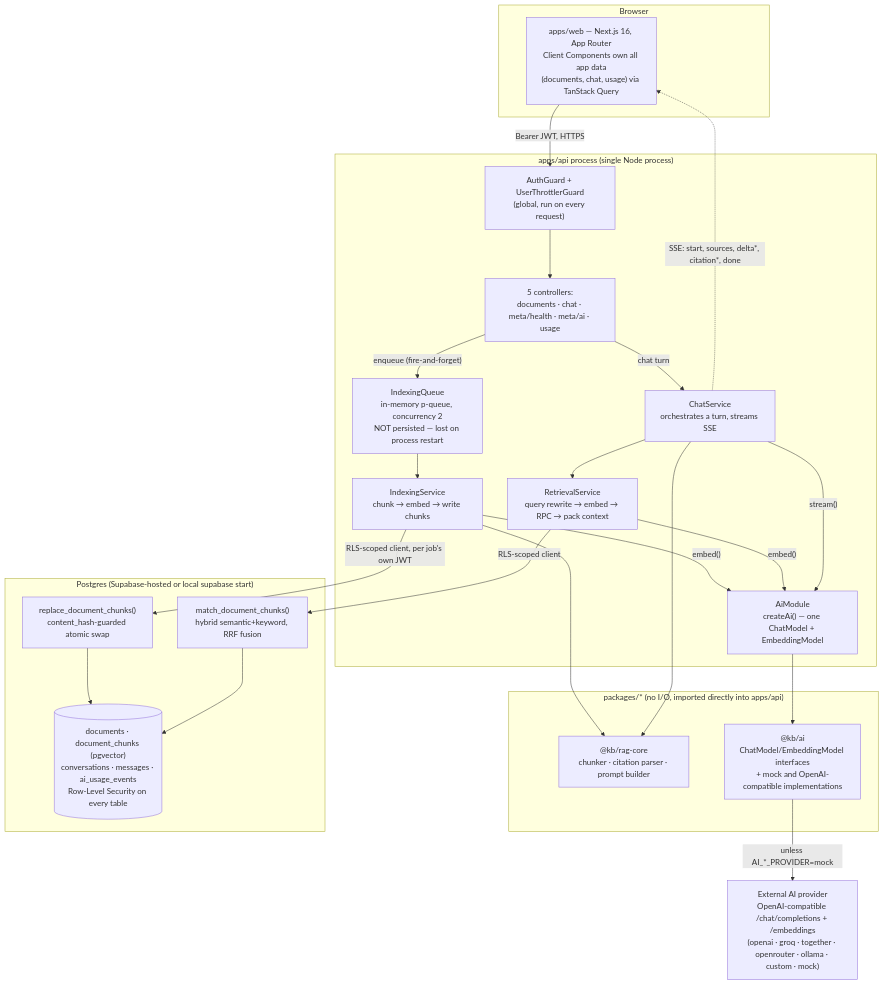
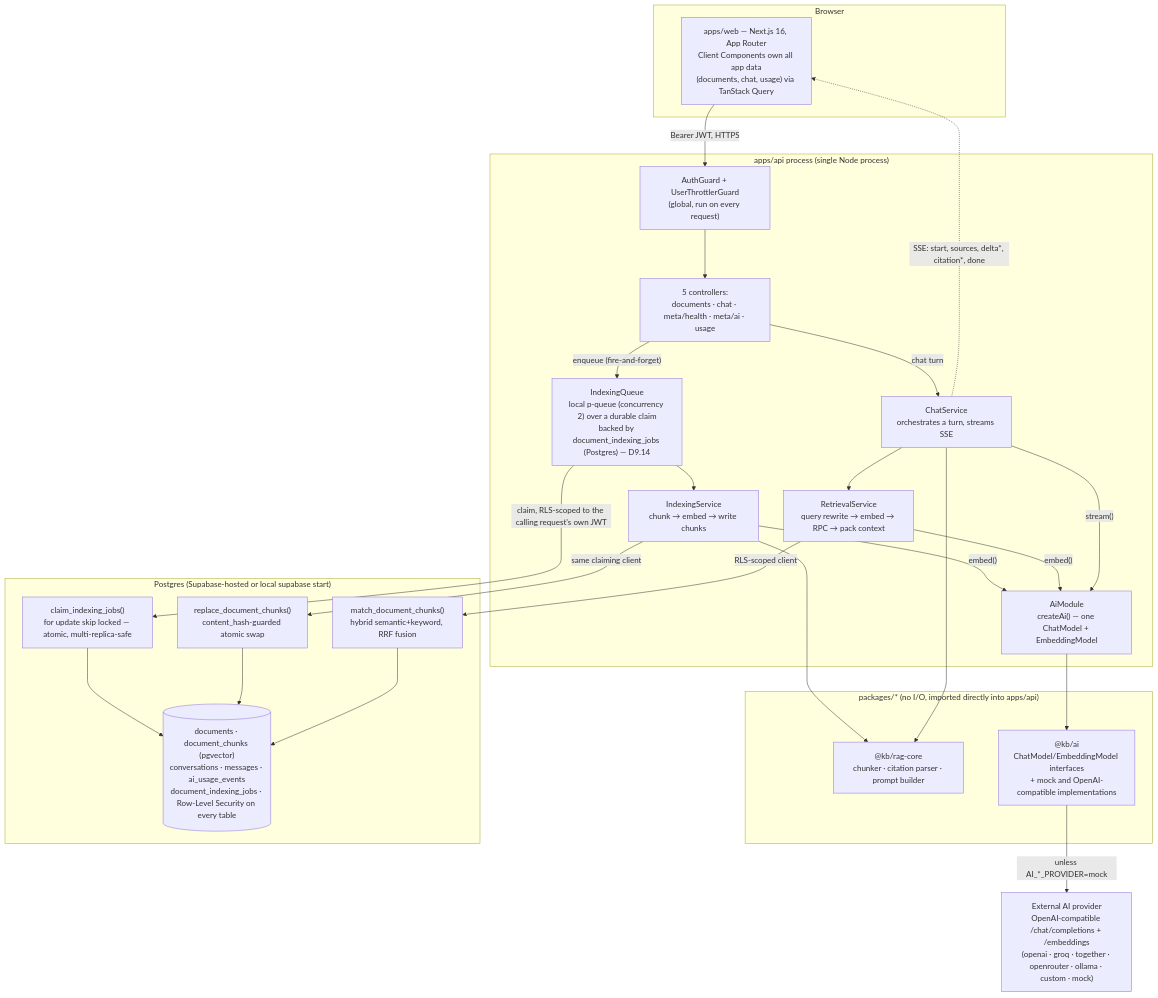
The diagram in docs/ARCHITECTURE.md (dragonfist630/knowledge-base), drawn with Mermaid before and after one commit. The commit also changed other lines of this file and 13 other files, not shown here.

````diff
--- a/docs/ARCHITECTURE.md
+++ b/docs/ARCHITECTURE.md
@@ -12,50 +12,53 @@
 ```mermaid
 flowchart TB
     subgraph Browser
         Web["apps/web — Next.js 16, App Router<br/>Client Components own all app data<br/>(documents, chat, usage) via TanStack Query"]
     end
 
     subgraph "apps/api process (single Node process)"
         Guard["AuthGuard + UserThrottlerGuard<br/>(global, run on every request)"]
         Controllers["5 controllers:<br/>documents · chat · meta/health · meta/ai · usage"]
         Retrieval["RetrievalService<br/>query rewrite → embed → RPC → pack context"]
         ChatSvc["ChatService<br/>orchestrates a turn, streams SSE"]
-        Queue["IndexingQueue<br/>in-memory p-queue, concurrency 2<br/>NOT persisted — lost on process restart"]
+        Queue["IndexingQueue<br/>local p-queue (concurrency 2) over a durable claim<br/>backed by document_indexing_jobs (Postgres) — D9.14"]
         IndexSvc["IndexingService<br/>chunk → embed → write chunks"]
         AiMod["AiModule<br/>createAi() — one ChatModel + EmbeddingModel"]
     end
 
     subgraph "packages/* (no I/O, imported directly into apps/api)"
         RagCore["@kb/rag-core<br/>chunker · citation parser · prompt builder"]
         AiPkg["@kb/ai<br/>ChatModel/EmbeddingModel interfaces<br/>+ mock and OpenAI-compatible implementations"]
     end
 
     subgraph "Postgres (Supabase-hosted or local supabase start)"
-        DB[("documents · document_chunks (pgvector)<br/>conversations · messages · ai_usage_events<br/>Row-Level Security on every table")]
+        DB[("documents · document_chunks (pgvector)<br/>conversations · messages · ai_usage_events<br/>document_indexing_jobs · Row-Level Security on every table")]
         RPC1["match_document_chunks()<br/>hybrid semantic+keyword, RRF fusion"]
         RPC2["replace_document_chunks()<br/>content_hash-guarded atomic swap"]
+        RPC3["claim_indexing_jobs()<br/>for update skip locked — atomic, multi-replica-safe"]
     end
 
     AIExt["External AI provider<br/>OpenAI-compatible /chat/completions + /embeddings<br/>(openai · groq · together · openrouter · ollama · custom · mock)"]
 
     Web -- "Bearer JWT, HTTPS" --> Guard
     Guard --> Controllers
     Controllers -- "enqueue (fire-and-forget)" --> Queue
+    Queue -- "claim, RLS-scoped to the calling request's own JWT" --> RPC3
+    RPC3 --> DB
     Queue --> IndexSvc
     IndexSvc --> RagCore
     IndexSvc -- "embed()" --> AiMod
-    IndexSvc -- "RLS-scoped client, per job's own JWT" --> RPC2
+    IndexSvc -- "same claiming client" --> RPC2
     RPC2 --> DB
 
     Controllers -- "chat turn" --> ChatSvc
     ChatSvc --> Retrieval
     Retrieval -- "embed()" --> AiMod
     Retrieval -- "RLS-scoped client" --> RPC1
     RPC1 --> DB
     ChatSvc -- "stream()" --> AiMod
     ChatSvc --> RagCore
     AiMod --> AiPkg
     AiPkg -- "unless AI_*_PROVIDER=mock" --> AIExt
 
     ChatSvc -. "SSE: start, sources, delta*, citation*, done" .-> Web
 ```
````
